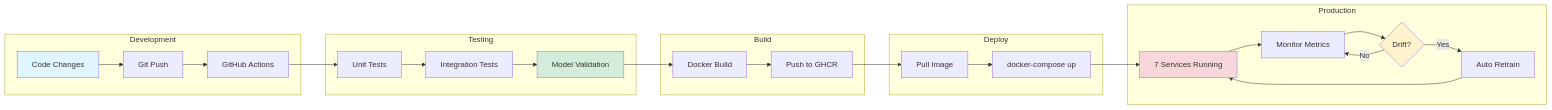
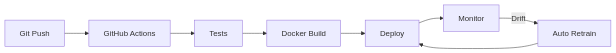
One commit to scorpianerc/MLOPS-PROJECT changed the third of 4 diagrams in README.md. Above: the diagram before and after it, drawn with Mermaid. The commit also changed other lines of this file, not shown here.

Commit message:
Simplify Mermaid diagrams for GitHub compatibility

````diff
--- a/README.md
+++ b/README.md
@@ -247,37 +206,10 @@
 ```mermaid
 flowchart LR
-    subgraph Development
-        A[Code Changes] --> B[Git Push]
-        B --> C[GitHub Actions]
-    end
-    
-    subgraph Testing
-        C --> D[Unit Tests]
-        D --> E[Integration Tests]
-        E --> F[Model Validation]
-    end
-    
-    subgraph Build
-        F --> G[Docker Build]
-        G --> H[Push to GHCR]
-    end
-    
-    subgraph Deploy
-        H --> I[Pull Image]
-        I --> J[docker-compose up]
-    end
-    
-    subgraph Production
-        J --> K[7 Services Running]
-        K --> L[Monitor Metrics]
-        L --> M{Drift?}
-        M -->|Yes| N[Auto Retrain]
-        M -->|No| L
-        N --> K
-    end
-    
-    style A fill:#e1f5ff
-    style F fill:#d4edda
-    style K fill:#f8d7da
-    style M fill:#fff3cd
+    A[Git Push] --> B[GitHub Actions]
+    B --> C[Tests]
+    C --> D[Docker Build]
+    D --> E[Deploy]
+    E --> F[Monitor]
+    F -->|Drift| G[Auto Retrain]
+    G --> E
 ```
````
